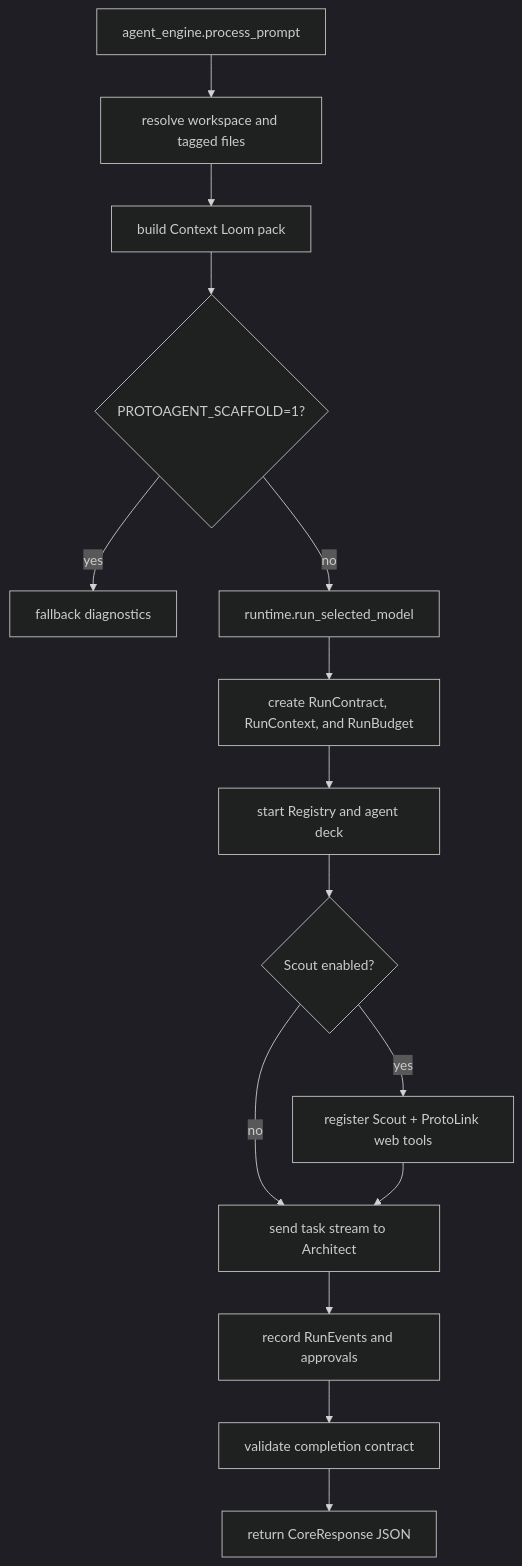
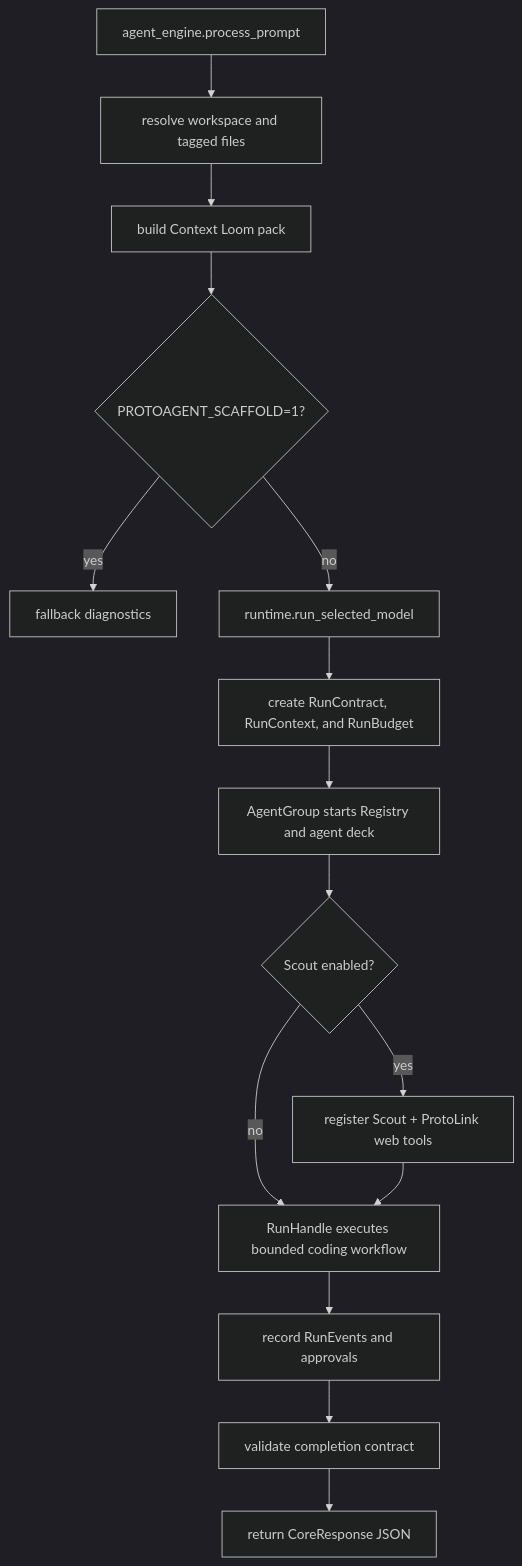
The diagram in docs/content/core/overview.md (nMaroulis/protoagent), drawn with Mermaid (dark theme) before and after one commit. The commit also changed other lines of this file and 70 other files, not shown here.

````diff
--- a/docs/content/core/overview.md
+++ b/docs/content/core/overview.md
@@ -90,17 +100,17 @@
 ```mermaid
 flowchart TD
   A["agent_engine.process_prompt"] --> B["resolve workspace and tagged files"]
   B --> C["build Context Loom pack"]
   C --> D{"PROTOAGENT_SCAFFOLD=1?"}
   D -->|yes| E["fallback diagnostics"]
   D -->|no| F["runtime.run_selected_model"]
   F --> G["create RunContract, RunContext, and RunBudget"]
-  G --> H["start Registry and agent deck"]
+  G --> H["AgentGroup starts Registry and agent deck"]
   H --> HS{"Scout enabled?"}
   HS -->|yes| SR["register Scout + ProtoLink web tools"]
-  HS -->|no| I["send task stream to Architect"]
+  HS -->|no| I["RunHandle executes bounded coding workflow"]
   SR --> I
   I --> J["record RunEvents and approvals"]
   J --> K["validate completion contract"]
   K --> L["return CoreResponse JSON"]
 ```
````
